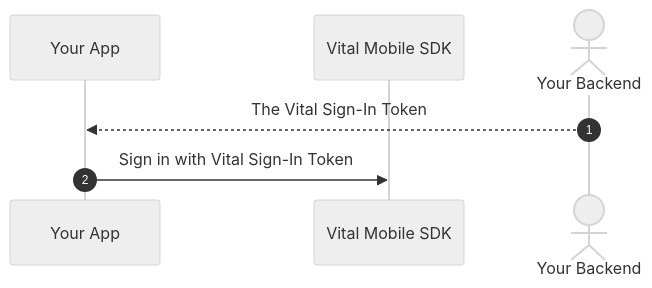
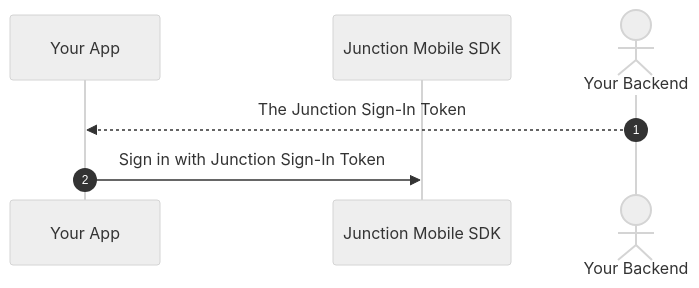
The fourth of 4 diagrams in docs/wearables/sdks/authentication.mdx (tryVital/docs), drawn with Mermaid (neutral theme) before and after one commit. The commit also changed other lines of this file and 77 other files, not shown here.

Commit message:
Rename Vital -> Junction where applicable (#435)

````diff
--- a/docs/wearables/sdks/authentication.mdx
+++ b/docs/wearables/sdks/authentication.mdx
@@ -187,9 +187,9 @@
     ```mermaid
     sequenceDiagram
         participant Your App
-        participant Vital Mobile SDK
+        participant Junction Mobile SDK
         actor Your Backend
         autonumber
-        Your Backend-->>Your App: The Vital Sign-In Token
-        Your App->>Vital Mobile SDK: Sign in with Vital Sign-In Token
+        Your Backend-->>Your App: The Junction Sign-In Token
+        Your App->>Junction Mobile SDK: Sign in with Junction Sign-In Token
     ```
````
